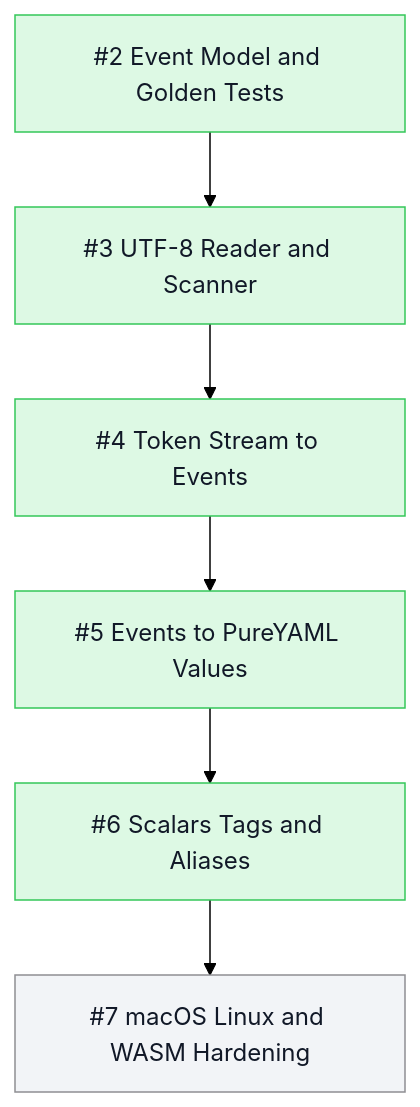
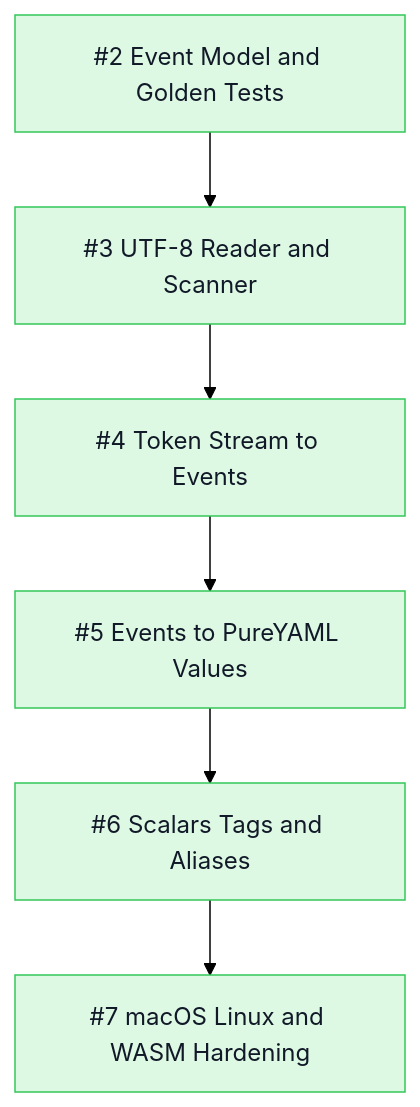
The third of 3 diagrams in README.md (mihaelamj/PureYAML), drawn with Mermaid (forest theme) before and after one commit. The commit also changed other lines of this file and 4 other files, not shown here.

````diff
--- a/README.md
+++ b/README.md
@@ -54,18 +54,18 @@
 ```mermaid
 flowchart TB
   classDef done fill:#ddf9e4,stroke:#34c759,color:#111827
   classDef review fill:#fff7d6,stroke:#ffcc00,color:#111827
   classDef epic fill:#f2e5ff,stroke:#af52de,color:#111827
   classDef todo fill:#f2f4f7,stroke:#8e8e93,color:#111827
   Issue2["#2 Event Model and Golden Tests"]:::done
   Issue3["#3 UTF-8 Reader and Scanner"]:::done
   Issue4["#4 Token Stream to Events"]:::done
   Issue5["#5 Events to PureYAML Values"]:::done
   Issue6["#6 Scalars Tags and Aliases"]:::done
-  Issue7["#7 macOS Linux and WASM Hardening"]:::todo
+  Issue7["#7 macOS Linux and WASM Hardening"]:::done
   Issue2 --> Issue3
   Issue3 --> Issue4
   Issue4 --> Issue5
   Issue5 --> Issue6
   Issue6 --> Issue7
 ```
````
